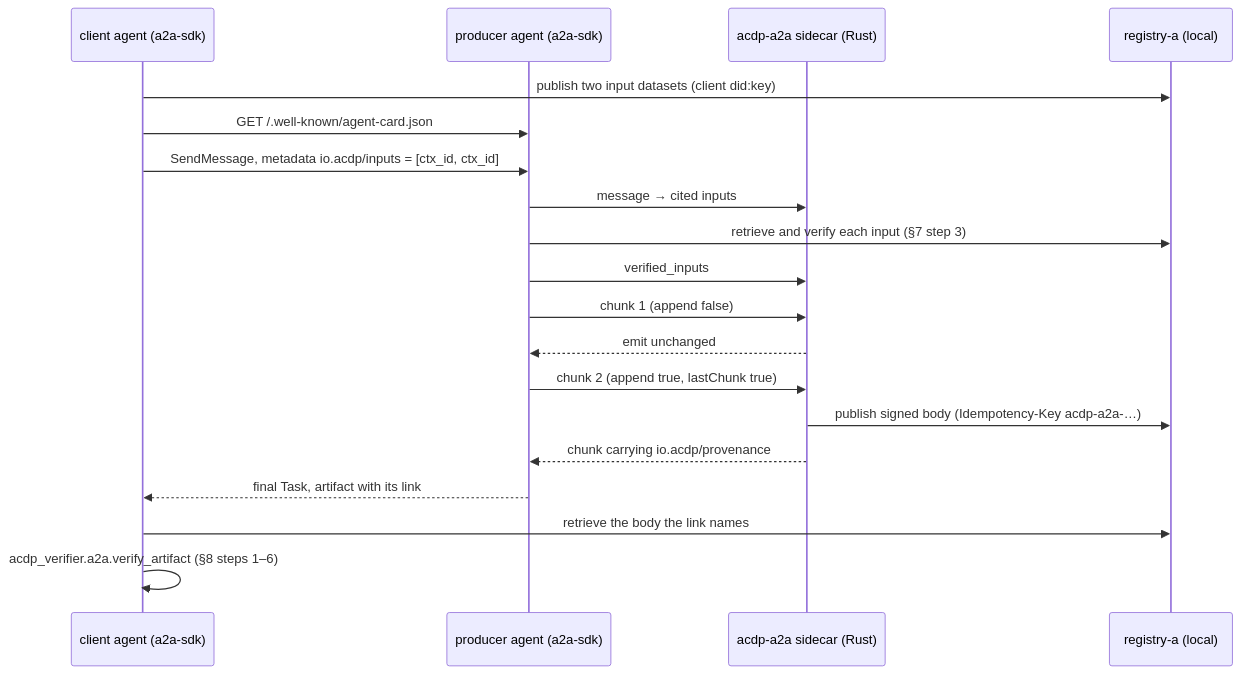
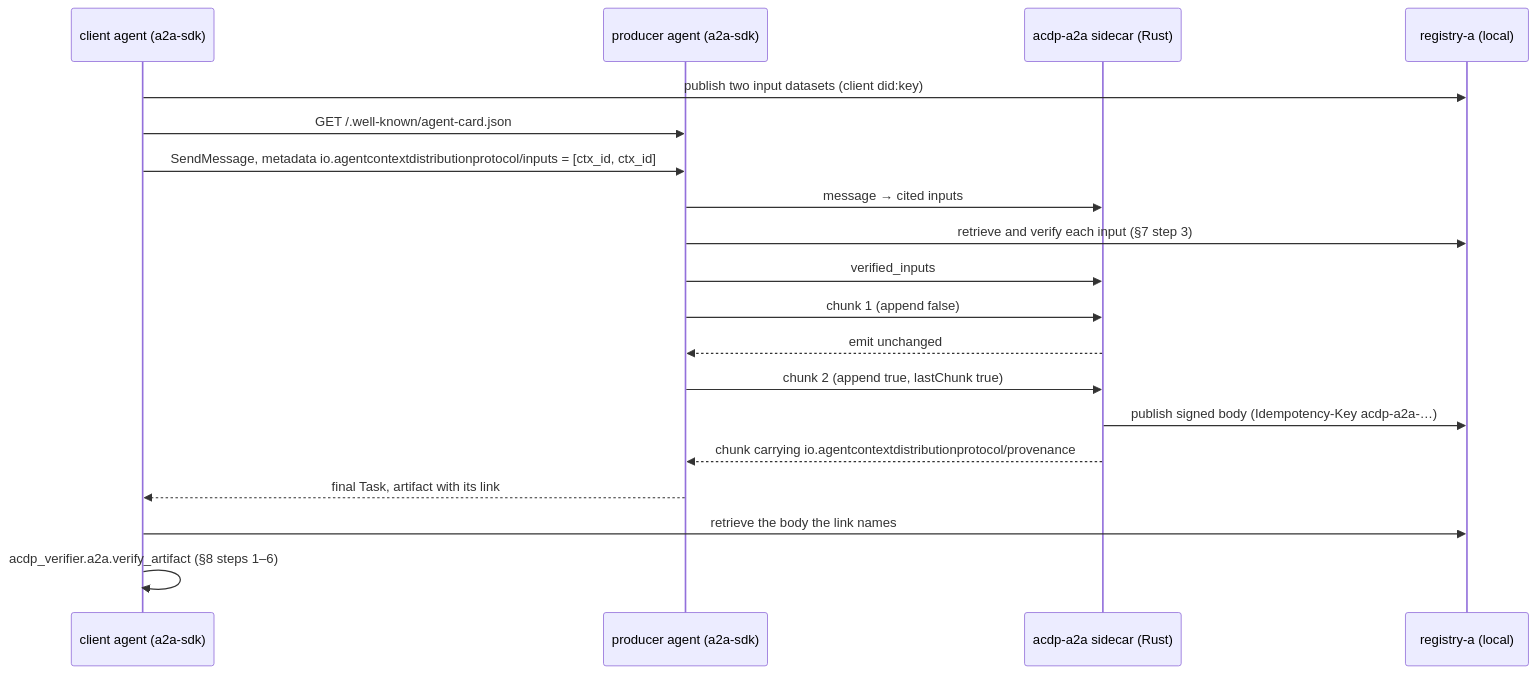
Before and after one commit to agentcontextdistributionprotocol/acdp-playground: the diagram in a2a/README.md, drawn with Mermaid. The commit also changed other lines of this file and 7 other files, not shown here.

````diff
--- a/a2a/README.md
+++ b/a2a/README.md
@@ -25,21 +25,21 @@
 ```mermaid
 sequenceDiagram
     participant C as client agent (a2a-sdk)
     participant P as producer agent (a2a-sdk)
     participant S as acdp-a2a sidecar (Rust)
     participant R as registry-a (local)
     C->>R: publish two input datasets (client did:key)
     C->>P: GET /.well-known/agent-card.json
-    C->>P: SendMessage, metadata io.acdp/inputs = [ctx_id, ctx_id]
+    C->>P: SendMessage, metadata io.agentcontextdistributionprotocol/inputs = [ctx_id, ctx_id]
     P->>S: message → cited inputs
     P->>R: retrieve and verify each input (§7 step 3)
     P->>S: verified_inputs
     P->>S: chunk 1 (append false)
     S-->>P: emit unchanged
     P->>S: chunk 2 (append true, lastChunk true)
     S->>R: publish signed body (Idempotency-Key acdp-a2a-…)
-    S-->>P: chunk carrying io.acdp/provenance
+    S-->>P: chunk carrying io.agentcontextdistributionprotocol/provenance
     P-->>C: final Task, artifact with its link
     C->>R: retrieve the body the link names
     C->>C: acdp_verifier.a2a.verify_artifact (§8 steps 1–6)
 ```
````
